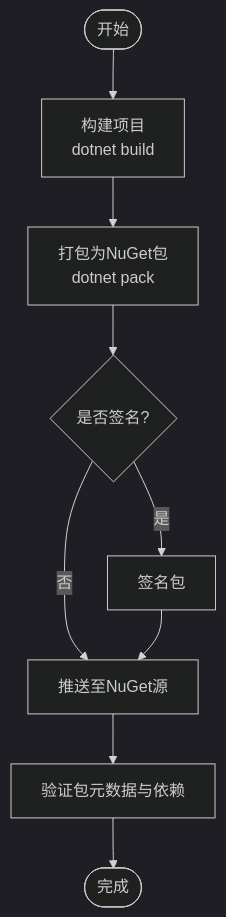
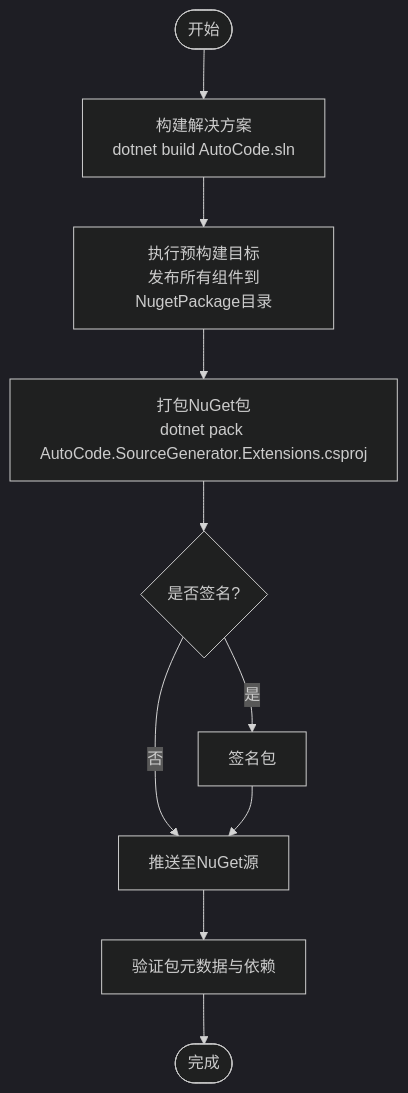
The third of 6 diagrams in .qoder/repowiki/zh/content/部署与发布/部署与发布.md (alivy/AutoCode), drawn with Mermaid (dark theme) before and after one commit. The commit also changed other lines of this file and 279 other files, not shown here.

````diff
--- a/.qoder/repowiki/zh/content/部署与发布/部署与发布.md
+++ b/.qoder/repowiki/zh/content/部署与发布/部署与发布.md
@@ -249,11 +145,12 @@
 ```mermaid
 flowchart TD
-Start(["开始"]) --> Build["构建项目<br/>dotnet build"]
-Build --> Pack["打包为NuGet包<br/>dotnet pack"]
+Start(["开始"]) --> Build["构建解决方案<br/>dotnet build AutoCode.sln"]
+Build --> PreBuild["执行预构建目标<br/>发布所有组件到NugetPackage目录"]
+PreBuild --> Pack["打包NuGet包<br/>dotnet pack AutoCode.SourceGenerator.Extensions.csproj"]
 Pack --> Sign{"是否签名?"}
 Sign --> |是| SignStep["签名包"]
 Sign --> |否| Push["推送至NuGet源"]
 SignStep --> Push
 Push --> Verify["验证包元数据与依赖"]
 Verify --> End(["完成"])
 ```
````
